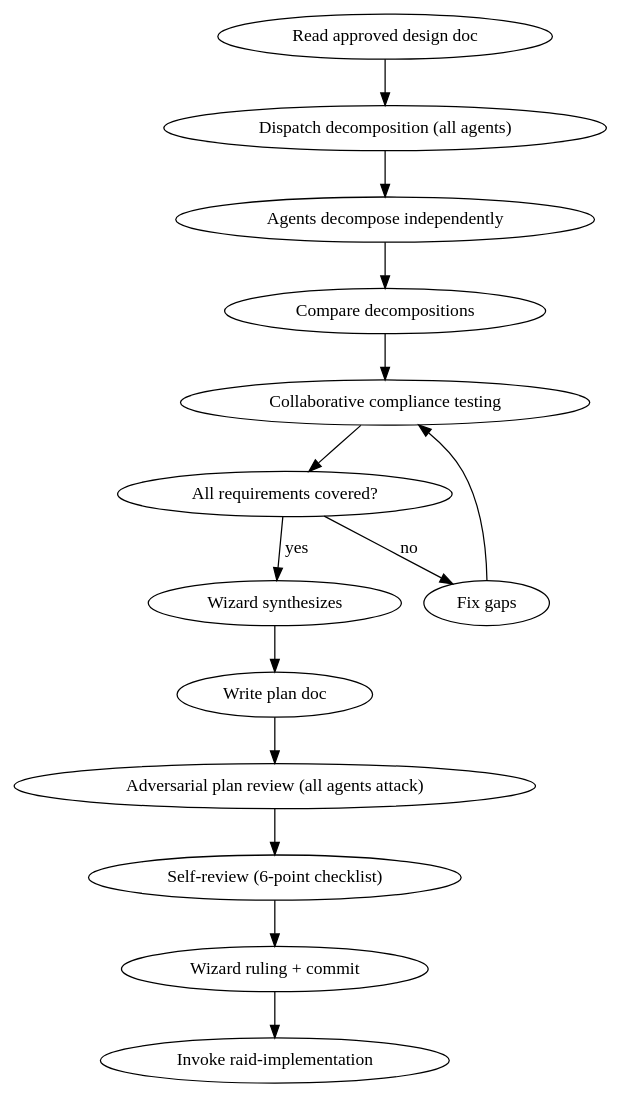
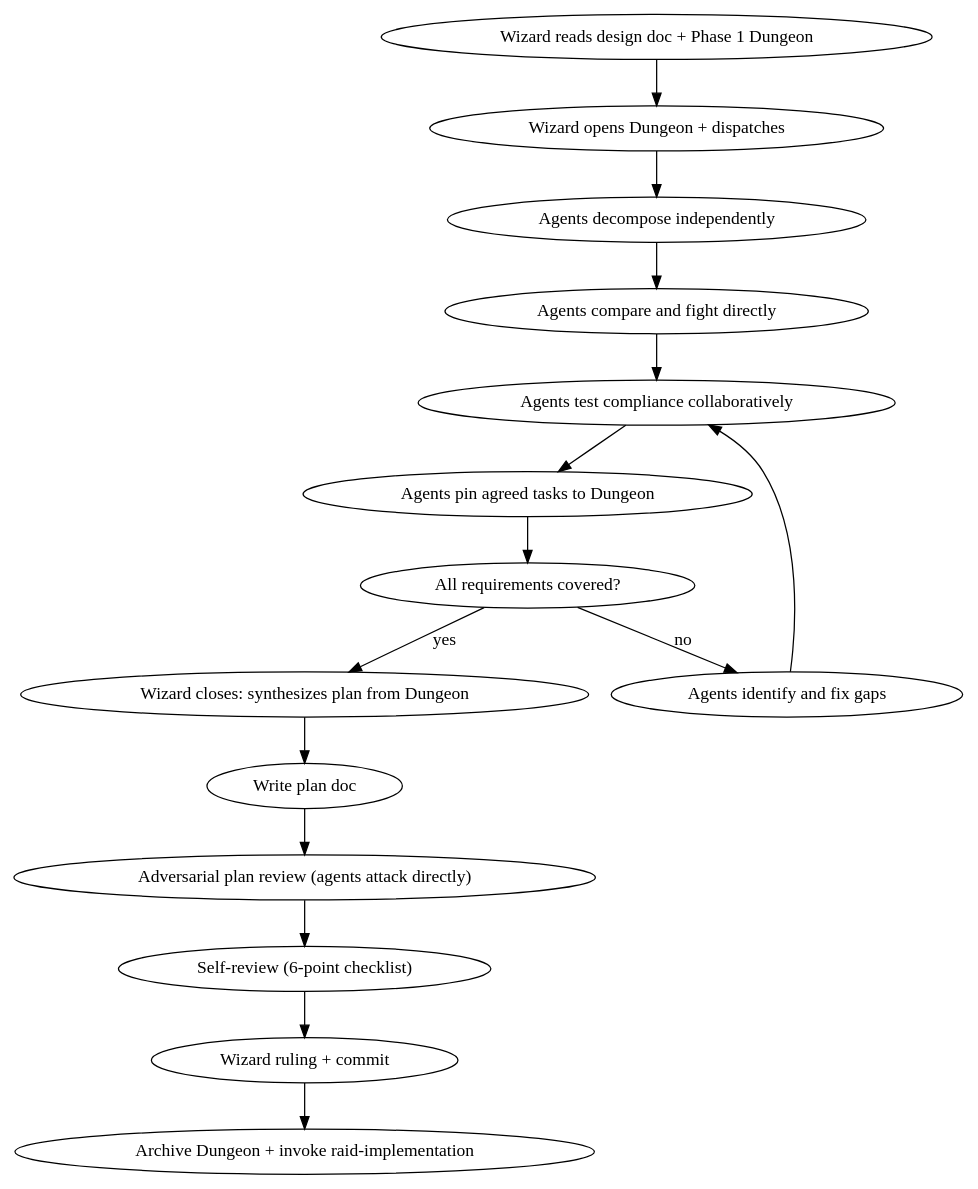
Before and after one commit to pedropicardi/claude-raid: the diagram in template/.claude/skills/raid-implementation-plan/SKILL.md, drawn with Graphviz. The commit also changed other lines of this file, not shown here.

Commit message:
feat(skills): rewrite raid-implementation-plan with Dungeon and direct debate

````diff
--- a/template/.claude/skills/raid-implementation-plan/SKILL.md
+++ b/template/.claude/skills/raid-implementation-plan/SKILL.md
@@ -22,17 +22,18 @@
 ```dot
 digraph plan {
-  "Read approved design doc" -> "Dispatch decomposition (all agents)";
-  "Dispatch decomposition (all agents)" -> "Agents decompose independently";
-  "Agents decompose independently" -> "Compare decompositions";
-  "Compare decompositions" -> "Collaborative compliance testing";
-  "Collaborative compliance testing" -> "All requirements covered?" [shape=diamond];
-  "All requirements covered?" -> "Fix gaps" [label="no"];
-  "Fix gaps" -> "Collaborative compliance testing";
-  "All requirements covered?" -> "Wizard synthesizes" [label="yes"];
-  "Wizard synthesizes" -> "Write plan doc";
-  "Write plan doc" -> "Adversarial plan review (all agents attack)";
-  "Adversarial plan review (all agents attack)" -> "Self-review (6-point checklist)";
+  "Wizard reads design doc + Phase 1 Dungeon" -> "Wizard opens Dungeon + dispatches";
+  "Wizard opens Dungeon + dispatches" -> "Agents decompose independently";
+  "Agents decompose independently" -> "Agents compare and fight directly";
+  "Agents compare and fight directly" -> "Agents test compliance collaboratively";
+  "Agents test compliance collaboratively" -> "Agents pin agreed tasks to Dungeon";
+  "Agents pin agreed tasks to Dungeon" -> "All requirements covered?" [shape=diamond];
+  "All requirements covered?" -> "Agents identify and fix gaps" [label="no"];
+  "Agents identify and fix gaps" -> "Agents test compliance collaboratively";
+  "All requirements covered?" -> "Wizard closes: synthesizes plan from Dungeon" [label="yes"];
+  "Wizard closes: synthesizes plan from Dungeon" -> "Write plan doc";
+  "Write plan doc" -> "Adversarial plan review (agents attack directly)";
+  "Adversarial plan review (agents attack directly)" -> "Self-review (6-point checklist)";
   "Self-review (6-point checklist)" -> "Wizard ruling + commit";
-  "Wizard ruling + commit" -> "Invoke raid-implementation" [shape=doublecircle];
+  "Wizard ruling + commit" -> "Archive Dungeon + invoke raid-implementation" [shape=doublecircle];
 }
 ```
````
